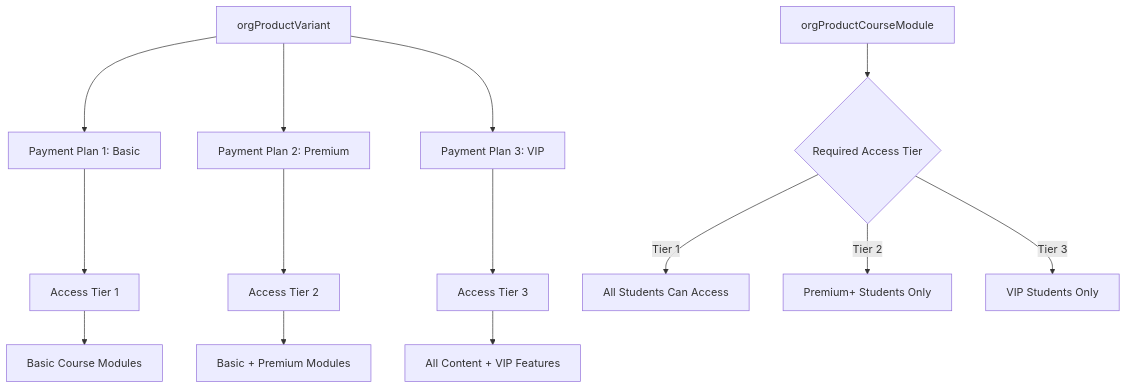
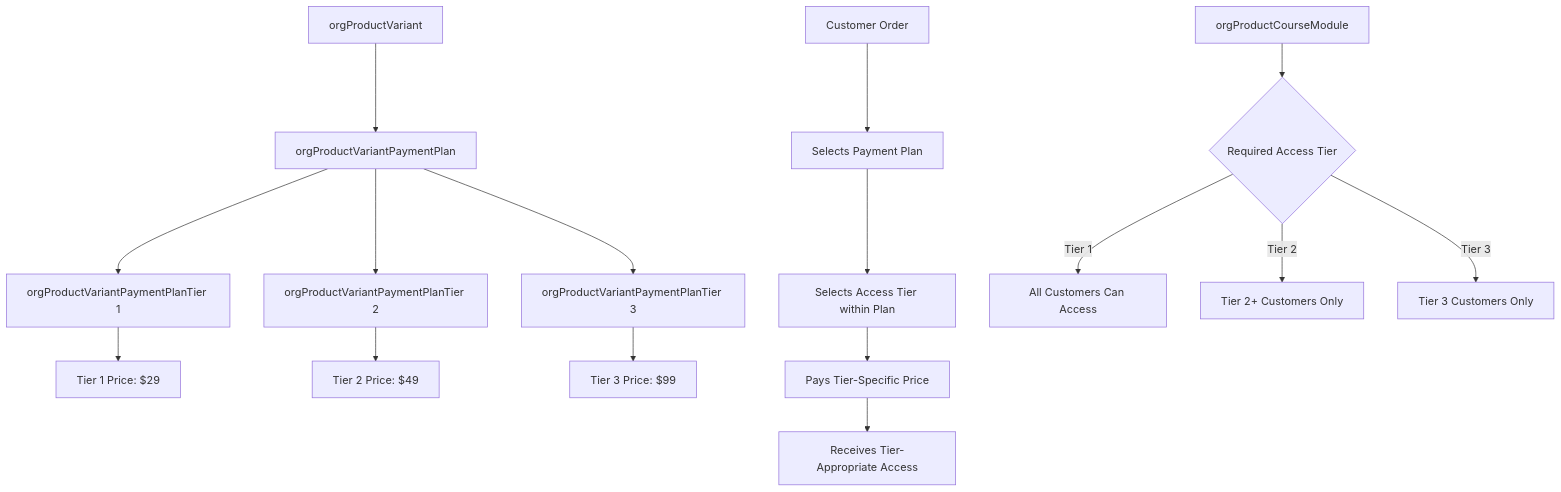
One commit to DreamEcho100/maze changed the fifth of 6 diagrams in apps/volmify/src/server/libs/db/schema/README.md. Above: the diagram before and after it, drawn with Mermaid. The commit also changed other lines of this file and 3 other files, not shown here.

First line of the commit message:
Refactor order relations and schema definitions

````diff
--- a/apps/volmify/src/server/libs/db/schema/README.md
+++ b/apps/volmify/src/server/libs/db/schema/README.md
@@ -248,19 +287,21 @@
 ```mermaid
 graph TD
-    A[orgProductVariant] --> B[Payment Plan 1: Basic]
-    A --> C[Payment Plan 2: Premium] 
-    A --> D[Payment Plan 3: VIP]
+    A[orgProductVariant] --> B[orgProductVariantPaymentPlan]
+    B --> C[orgProductVariantPaymentPlanTier 1]
+    B --> D[orgProductVariantPaymentPlanTier 2] 
+    B --> E[orgProductVariantPaymentPlanTier 3]
     
-    B --> E[Access Tier 1]
-    C --> F[Access Tier 2]
-    D --> G[Access Tier 3]
+    C --> F[Tier 1 Price: $29]
+    D --> G[Tier 2 Price: $49]
+    E --> H[Tier 3 Price: $99]
     
-    E --> H[Basic Course Modules]
-    F --> I[Basic + Premium Modules]
-    G --> J[All Content + VIP Features]
+    I[Customer Order] --> J[Selects Payment Plan]
+    J --> K[Selects Access Tier within Plan]
+    K --> L[Pays Tier-Specific Price]
+    L --> M[Receives Tier-Appropriate Access]
     
-    K[orgProductCourseModule] --> L{Required Access Tier}
-    L -->|Tier 1| M[All Students Can Access]
-    L -->|Tier 2| N[Premium+ Students Only]
-    L -->|Tier 3| O[VIP Students Only]
+    N[orgProductCourseModule] --> O{Required Access Tier}
+    O -->|Tier 1| P[All Customers Can Access]
+    O -->|Tier 2| Q[Tier 2+ Customers Only]
+    O -->|Tier 3| R[Tier 3 Customers Only]
 ```
````
